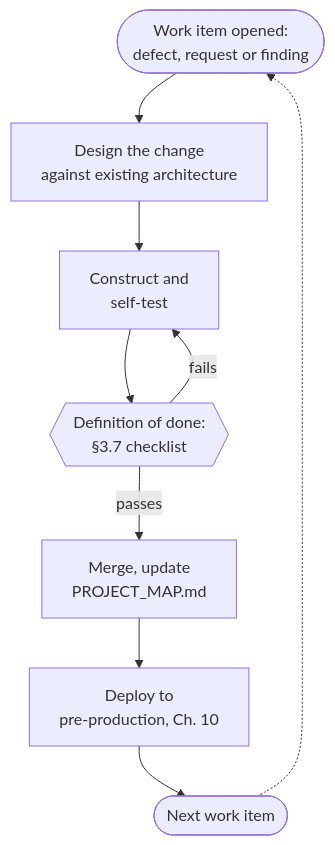
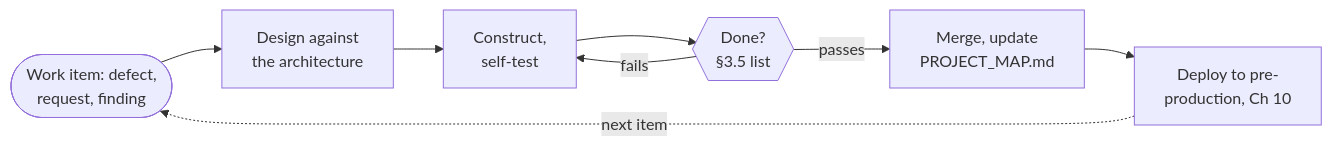
Before and after one commit to shalin-rahman/GHCAA: the fourth of 5 diagrams in docs/book/04-methodology.md, drawn with Mermaid. The commit also changed other lines of this file and 42 other files, not shown here.

````diff
--- a/docs/book/04-methodology.md
+++ b/docs/book/04-methodology.md
@@ -509,11 +505,7 @@
 ```mermaid
-flowchart TB
-    S([Work item opened:<br/>defect, request or finding]) --> D[Design the change<br/>against existing architecture]
-    D --> C[Construct and<br/>self-test]
-    C --> G{{Definition of done:<br/>§3.7 checklist}}
+flowchart LR
+    S([Work item: defect,<br/>request, finding]) --> D[Design against<br/>the architecture] --> C[Construct,<br/>self-test] --> G{{Done?<br/>§3.5 list}}
     G -->|fails| C
-    G -->|passes| M[Merge, update<br/>PROJECT_MAP.md]
-    M --> R[Deploy to<br/>pre-production, Ch. 10]
-    R --> N([Next work item])
-    N -.-> S
+    G -->|passes| M[Merge, update<br/>PROJECT_MAP.md] --> R[Deploy to pre-<br/>production, Ch 10]
+    R -.->|next item| S
 ```
````
